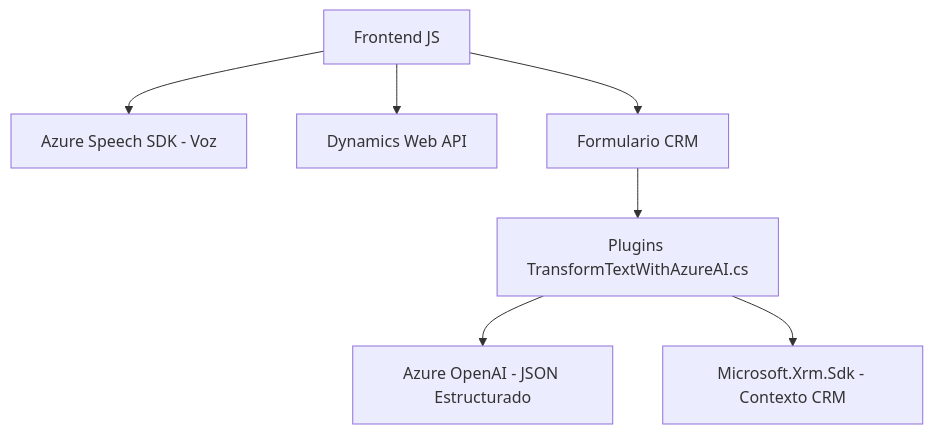
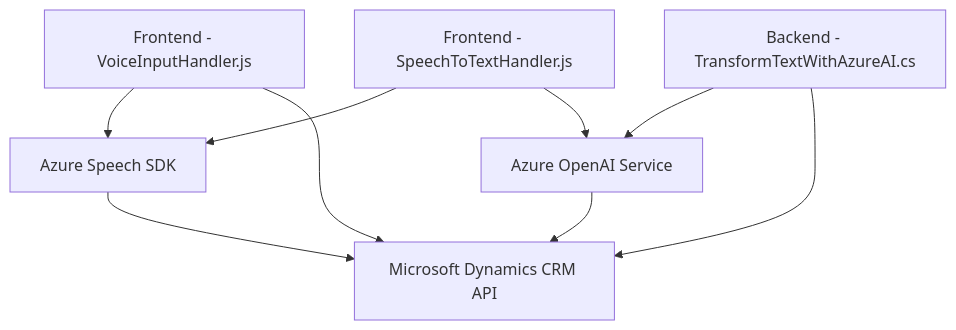
One commit to blopezdm/NETCORE_BILBAO2025 changed the diagram in README.md. Above: the diagram before and after it, drawn with Mermaid. The commit also changed other lines of this file, not shown here.

````diff
--- a/README.md
+++ b/README.md
@@ -41,9 +47,18 @@
 ```mermaid
 graph TD
-    A["Frontend JS"] --> B["Azure Speech SDK - Voz"]
-    A --> C["Dynamics Web API"]
-    A --> D["Formulario CRM"]
-    D --> E["Plugins TransformTextWithAzureAI.cs"]
-    E --> F["Azure OpenAI - JSON Estructurado"]
-    E --> G["Microsoft.Xrm.Sdk - Contexto CRM"]
+    A["Frontend - SpeechToTextHandler.js"]
+    B["Frontend - VoiceInputHandler.js"]
+    C["Backend - TransformTextWithAzureAI.cs"]
+    D["Azure Speech SDK"]
+    E["Azure OpenAI Service"]
+    F["Microsoft Dynamics CRM API"]
+
+    A --> D
+    B --> D
+    B --> F
+    A --> E
+    C --> E
+    C --> F
+    D --> F
+    E --> F
 ```
````
